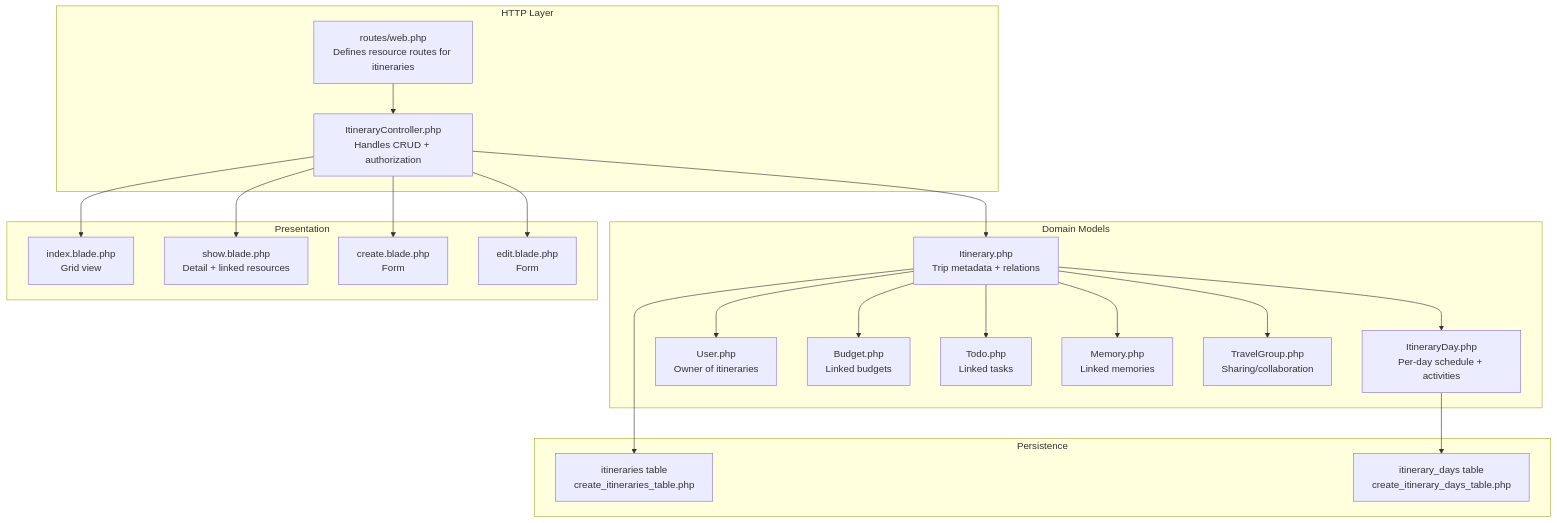
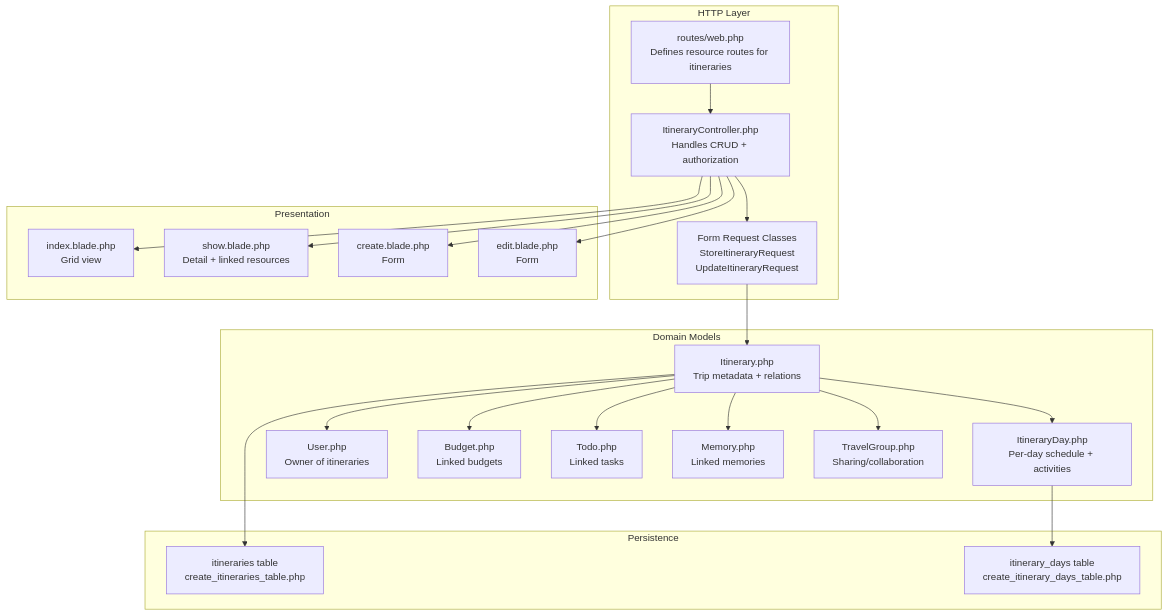
One commit to VenokM05/Travel_Project changed the first of 5 diagrams in .qoder/repowiki/en/content/Itinerary Management.md. Above: the diagram before and after it, drawn with Mermaid. The commit also changed other lines of this file and 12 other files, not shown here.

````diff
--- a/.qoder/repowiki/en/content/Itinerary Management.md
+++ b/.qoder/repowiki/en/content/Itinerary Management.md
@@ -41,40 +53,42 @@
 ```mermaid
 graph TB
 subgraph "HTTP Layer"
 R["routes/web.php<br/>Defines resource routes for itineraries"]
 C["ItineraryController.php<br/>Handles CRUD + authorization"]
+FR["Form Request Classes<br/>StoreItineraryRequest<br/>UpdateItineraryRequest"]
 end
 subgraph "Domain Models"
 M1["Itinerary.php<br/>Trip metadata + relations"]
 M2["ItineraryDay.php<br/>Per-day schedule + activities"]
 M3["User.php<br/>Owner of itineraries"]
 M4["Budget.php<br/>Linked budgets"]
 M5["Todo.php<br/>Linked tasks"]
 M6["Memory.php<br/>Linked memories"]
 M7["TravelGroup.php<br/>Sharing/collaboration"]
 end
 subgraph "Persistence"
 DB1["itineraries table<br/>create_itineraries_table.php"]
 DB2["itinerary_days table<br/>create_itinerary_days_table.php"]
 end
 subgraph "Presentation"
 V1["index.blade.php<br/>Grid view"]
 V2["show.blade.php<br/>Detail + linked resources"]
 V3["create.blade.php<br/>Form"]
 V4["edit.blade.php<br/>Form"]
 end
 R --> C
-C --> M1
+C --> FR
+FR --> M1
 M1 --> M2
 M1 --> M3
 M1 --> M4
 M1 --> M5
 M1 --> M6
 M1 --> M7
 M1 --> DB1
 M2 --> DB2
 C --> V1
 C --> V2
 C --> V3
 C --> V4
 ```
````
